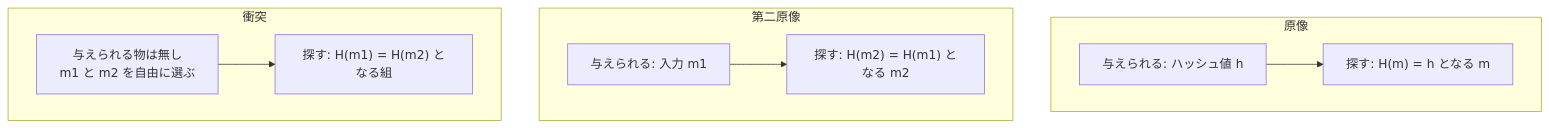
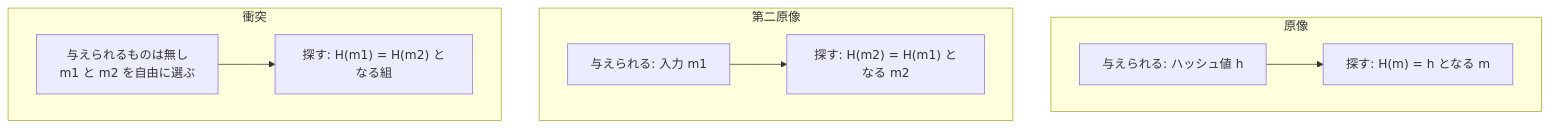
One commit to nao1215/debimate changed the third of 4 diagrams in content/notes/blockchain-systems/hash-function/index.md. Above: the diagram before and after it, drawn with Mermaid. The commit also changed other lines of this file and 56 other files, not shown here.

````diff
--- a/content/notes/blockchain-systems/hash-function/index.md
+++ b/content/notes/blockchain-systems/hash-function/index.md
@@ -63,12 +63,12 @@
 ```mermaid
 flowchart TD
     subgraph C1["原像"]
         G1["与えられる: ハッシュ値 h"] --> F1["探す: H(m) = h となる m"]
     end
     subgraph C2["第二原像"]
         G2["与えられる: 入力 m1"] --> F2["探す: H(m2) = H(m1) となる m2"]
     end
     subgraph C3["衝突"]
-        G3["与えられる物は無し<br/>m1 と m2 を自由に選ぶ"] --> F3["探す: H(m1) = H(m2) となる組"]
+        G3["与えられるものは無し<br/>m1 と m2 を自由に選ぶ"] --> F3["探す: H(m1) = H(m2) となる組"]
     end
 ```
````
